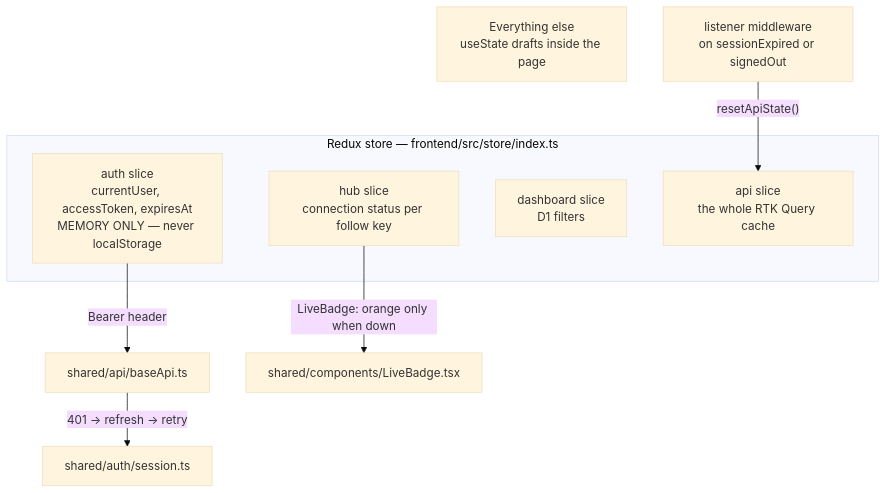
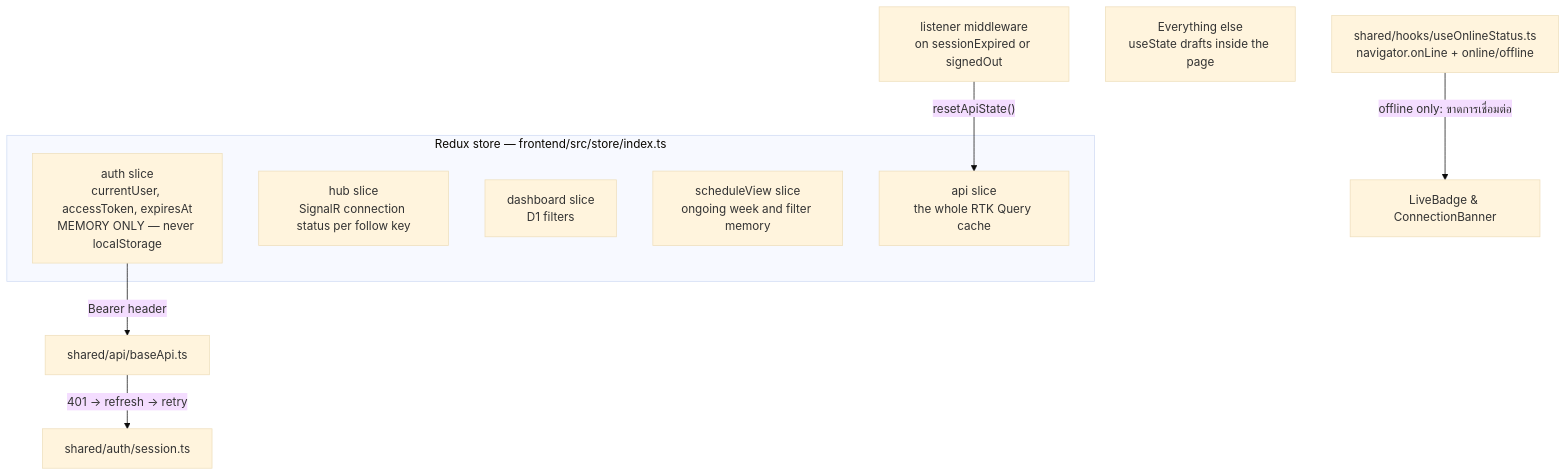
The second of 6 diagrams in docs/code-map.md (ThodsaphonSonthiphin/Facility-Real-time-dashboard), drawn with Mermaid (base theme) before and after one commit. The commit also changed other lines of this file and 16 other files, not shown here.

````diff
--- a/docs/code-map.md
+++ b/docs/code-map.md
@@ -210,14 +213,16 @@
 ```mermaid
 graph TD
     subgraph Redux["Redux store — frontend/src/store/index.ts"]
         Auth["auth slice<br/>currentUser, accessToken, expiresAt<br/>MEMORY ONLY — never localStorage"]
-        Hub["hub slice<br/>connection status per follow key"]
+        Hub["hub slice<br/>SignalR connection status per follow key"]
         Dash["dashboard slice<br/>D1 filters"]
+        Sched["scheduleView slice<br/>ongoing week and filter memory"]
         Api["api slice<br/>the whole RTK Query cache"]
     end
+    Online["shared/hooks/useOnlineStatus.ts<br/>navigator.onLine + online/offline"]
     Local["Everything else<br/>useState drafts inside the page"]
     Auth -->|"Bearer header"| Base["shared/api/baseApi.ts"]
     Base -->|"401 → refresh → retry"| Session["shared/auth/session.ts"]
-    Hub -->|"LiveBadge: orange only when down"| Badge["shared/components/LiveBadge.tsx"]
+    Online -->|"offline only: ขาดการเชื่อมต่อ"| Badge["LiveBadge & ConnectionBanner"]
     Reset["listener middleware<br/>on sessionExpired or signedOut"] -->|"resetApiState()"| Api
 ```
````
